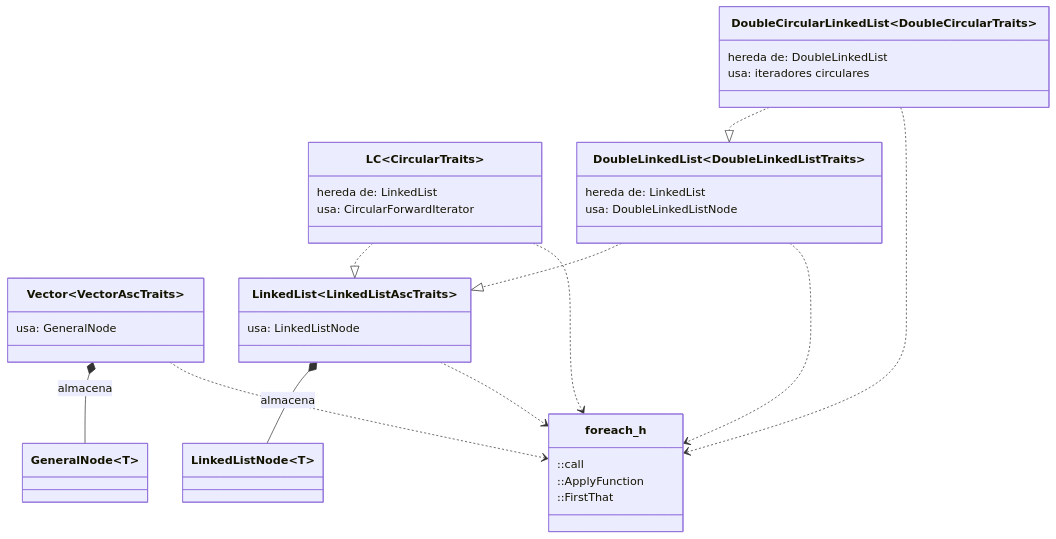
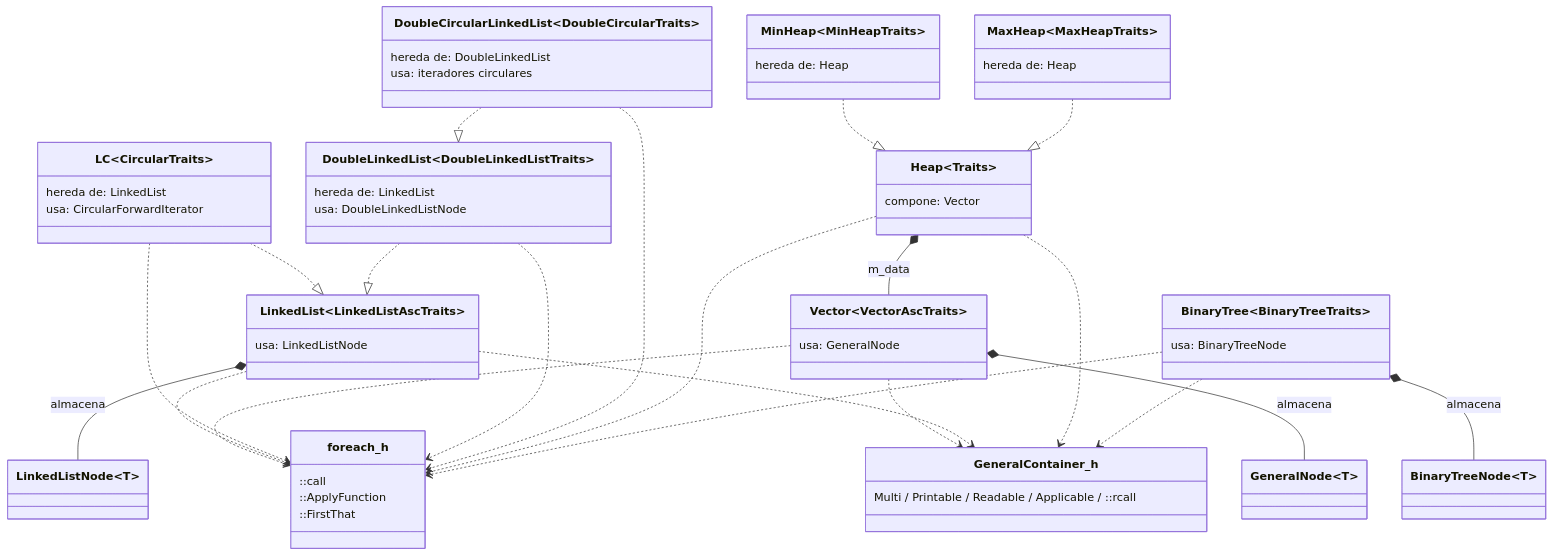
Before and after one commit to PieroVioleta/2026-II-CS-UNI-CC0E5-AEDAv: the sixth of 6 diagrams in docs/jerarquias-clases.md, drawn with Mermaid. The commit also changed other lines of this file, not shown here.

Commit message:
docs: jerarquias con heap y binarytree

````diff
--- a/docs/jerarquias-clases.md
+++ b/docs/jerarquias-clases.md
@@ -168,36 +282,61 @@
 ```mermaid
 classDiagram
     class Vector~VectorAscTraits~ {
         usa: GeneralNode
     }
     class LinkedList~LinkedListAscTraits~ {
         usa: LinkedListNode
     }
     class LC~CircularTraits~ {
         hereda de: LinkedList
         usa: CircularForwardIterator
     }
     class DoubleLinkedList~DoubleLinkedListTraits~ {
         hereda de: LinkedList
         usa: DoubleLinkedListNode
     }
     class DoubleCircularLinkedList~DoubleCircularTraits~ {
         hereda de: DoubleLinkedList
         usa: iteradores circulares
     }
+    class Heap~Traits~ {
+        compone: Vector
+    }
+    class MinHeap~MinHeapTraits~ {
+        hereda de: Heap
+    }
+    class MaxHeap~MaxHeapTraits~ {
+        hereda de: Heap
+    }
+    class BinaryTree~BinaryTreeTraits~ {
+        usa: BinaryTreeNode
+    }
     class foreach_h {
         ::call
         ::ApplyFunction
         ::FirstThat
+    }
+    class GeneralContainer_h {
+        Multi / Printable / Readable / Applicable / ::rcall
     }
     Vector~VectorAscTraits~ *-- GeneralNode~T~ : almacena
     LinkedList~LinkedListAscTraits~ *-- LinkedListNode~T~ : almacena
     LC~CircularTraits~ ..|> LinkedList~LinkedListAscTraits~
     DoubleLinkedList~DoubleLinkedListTraits~ ..|> LinkedList~LinkedListAscTraits~
     DoubleCircularLinkedList~DoubleCircularTraits~ ..|> DoubleLinkedList~DoubleLinkedListTraits~
+    Heap~Traits~ *-- Vector~Traits~ : m_data
+    MinHeap~MinHeapTraits~ ..|> Heap~Traits~
+    MaxHeap~MaxHeapTraits~ ..|> Heap~Traits~
+    BinaryTree~BinaryTreeTraits~ *-- BinaryTreeNode~T~ : almacena
     Vector~VectorAscTraits~ ..> foreach_h
     LinkedList~LinkedListAscTraits~ ..> foreach_h
     LC~CircularTraits~ ..> foreach_h
     DoubleLinkedList~DoubleLinkedListTraits~ ..> foreach_h
     DoubleCircularLinkedList~DoubleCircularTraits~ ..> foreach_h
+    Heap~Traits~ ..> foreach_h
+    BinaryTree~BinaryTreeTraits~ ..> foreach_h
+    Vector~VectorAscTraits~ ..> GeneralContainer_h
+    LinkedList~LinkedListAscTraits~ ..> GeneralContainer_h
+    Heap~Traits~ ..> GeneralContainer_h
+    BinaryTree~BinaryTreeTraits~ ..> GeneralContainer_h
 ```
````
